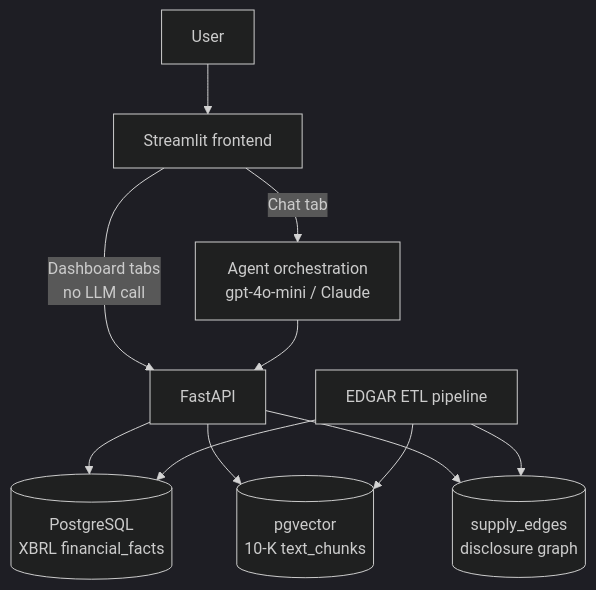
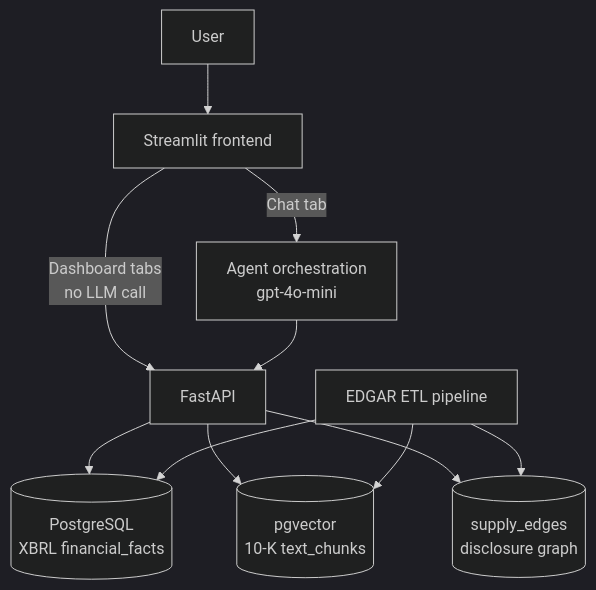
One commit to renxiang-ch/Financial-Report-Research-Copilot changed the diagram in README.md. Above: the diagram before and after it, drawn with Mermaid (dark theme). The commit also changed other lines of this file, not shown here.

````diff
--- a/README.md
+++ b/README.md
@@ -69,13 +72,13 @@
 ```mermaid
 flowchart TD
     U[User] --> FE[Streamlit frontend]
-    FE -->|Chat tab| AG[Agent orchestration<br/>gpt-4o-mini / Claude]
+    FE -->|Chat tab| AG[Agent orchestration<br/>gpt-4o-mini]
     FE -->|Dashboard tabs<br/>no LLM call| API
     AG --> API[FastAPI]
     API --> PG[(PostgreSQL<br/>XBRL financial_facts)]
     API --> VEC[(pgvector<br/>10-K text_chunks)]
     API --> EDGE[(supply_edges<br/>disclosure graph)]
     ETL[EDGAR ETL pipeline] --> PG
     ETL --> VEC
     ETL --> EDGE
 ```
````
